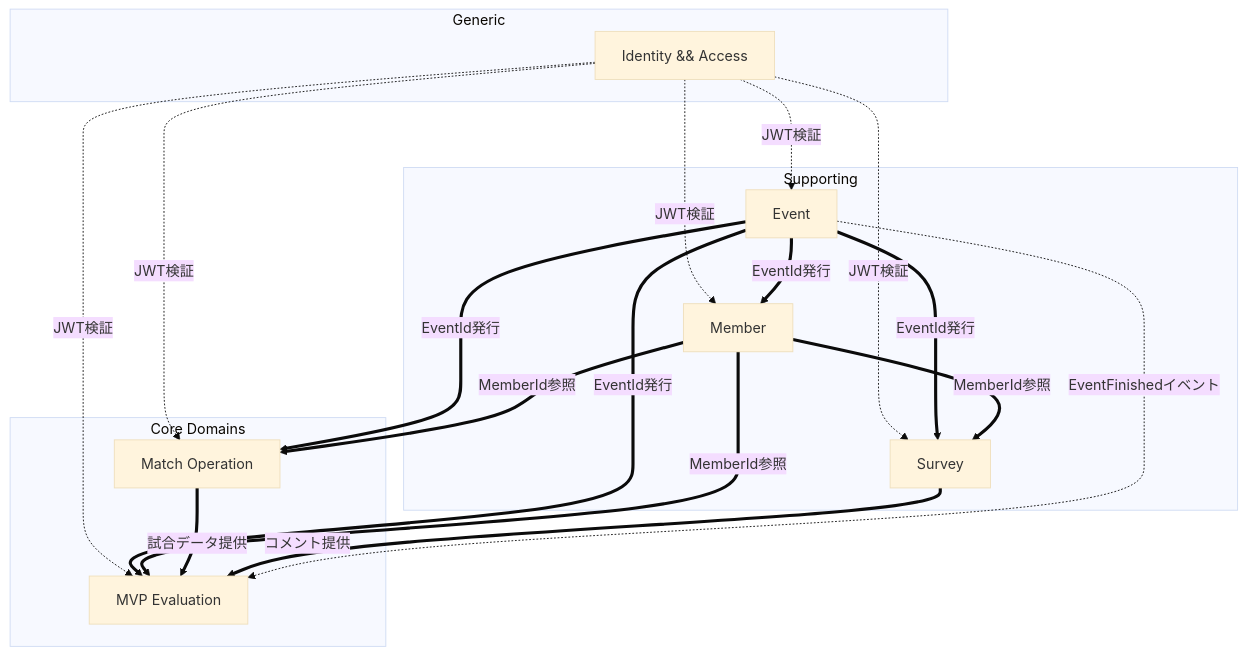
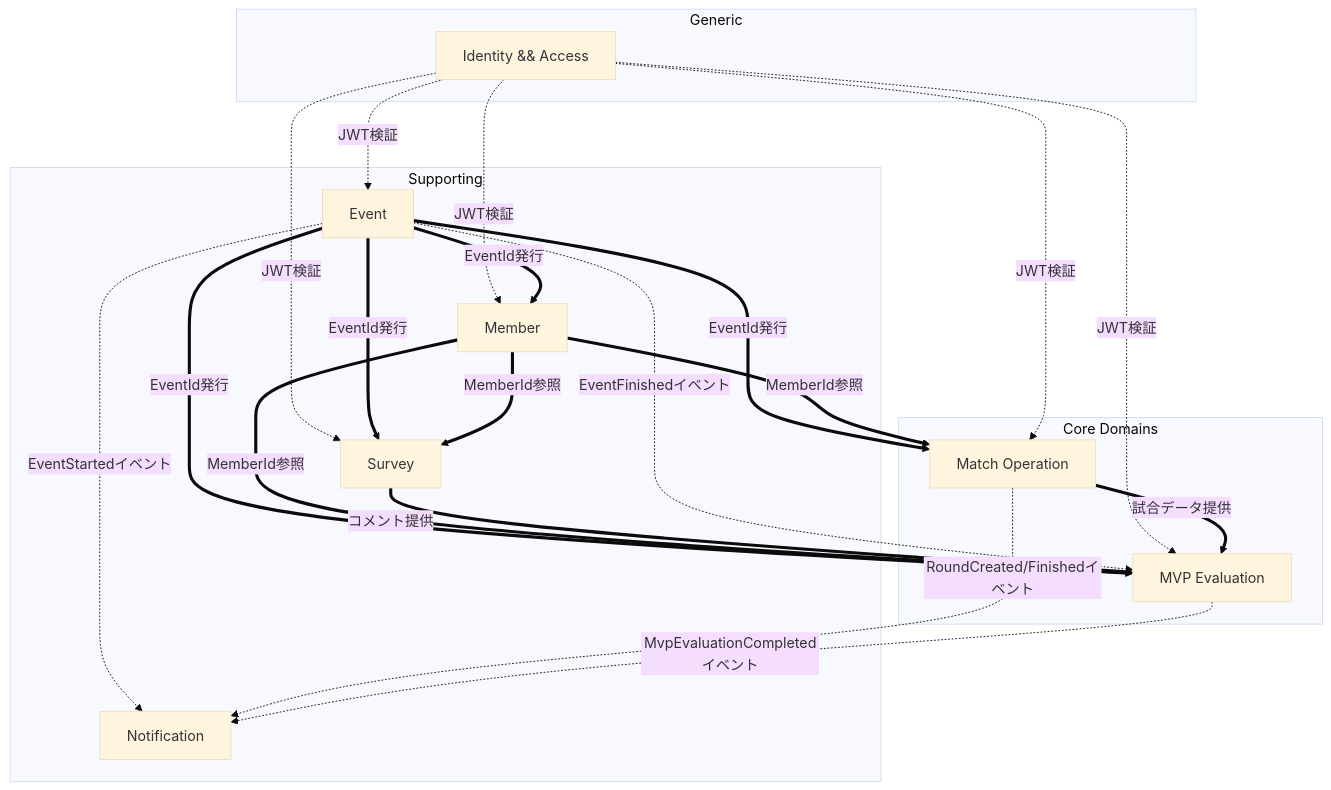
The diagram in docs/backend/design/context-map.md (thenotoriousoga/Salu-Reco), drawn with Mermaid (base theme) before and after one commit. The commit also changed other lines of this file and 8 other files, not shown here.

````diff
--- a/docs/backend/design/context-map.md
+++ b/docs/backend/design/context-map.md
@@ -31,37 +33,41 @@
 ```mermaid
 graph TD
     subgraph "Core Domains"
         MATCH[Match Operation]
         MVP[MVP Evaluation]
     end
 
     subgraph "Supporting"
         EVENT[Event]
         MEMBER[Member]
         SURVEY[Survey]
+        NOTIFICATION[Notification]
     end
 
     subgraph "Generic"
         IDENTITY[Identity &#38; Access]
     end
 
     IDENTITY -.JWT検証.-> EVENT
     IDENTITY -.JWT検証.-> MEMBER
     IDENTITY -.JWT検証.-> MATCH
     IDENTITY -.JWT検証.-> MVP
     IDENTITY -.JWT検証.-> SURVEY
 
     EVENT ==EventId発行==> MEMBER
     EVENT ==EventId発行==> MATCH
     EVENT ==EventId発行==> SURVEY
     EVENT ==EventId発行==> MVP
 
     MEMBER ==MemberId参照==> MATCH
     MEMBER ==MemberId参照==> MVP
     MEMBER ==MemberId参照==> SURVEY
 
     MATCH ==試合データ提供==> MVP
     SURVEY ==コメント提供==> MVP
 
+    EVENT -.EventStartedイベント.-> NOTIFICATION
+    MATCH -.RoundCreated/Finishedイベント.-> NOTIFICATION
+    MVP -.MvpEvaluationCompletedイベント.-> NOTIFICATION
     EVENT -.EventFinishedイベント.-> MVP
 ```
````
